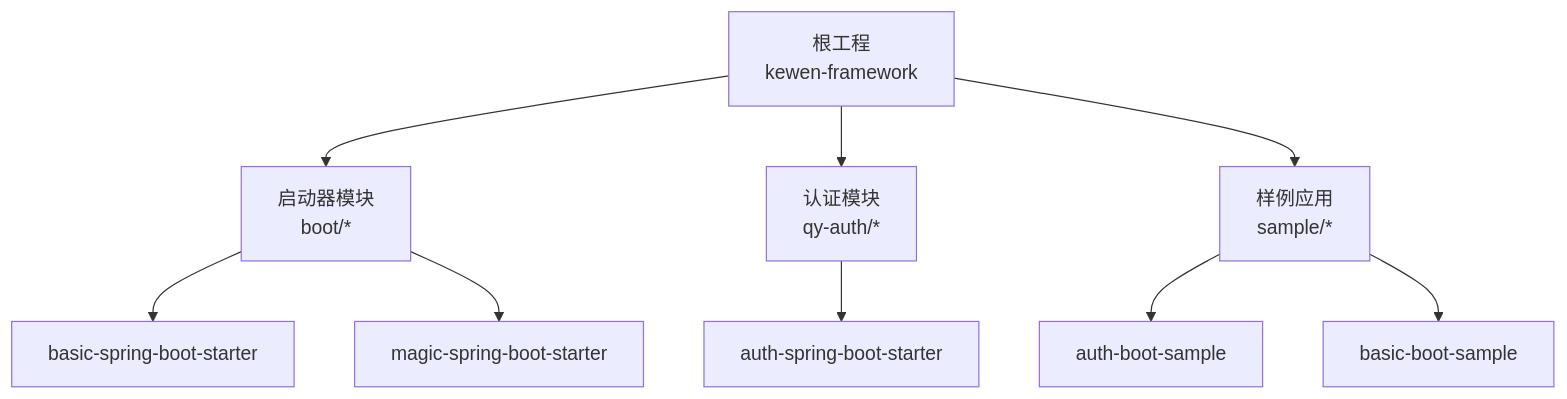
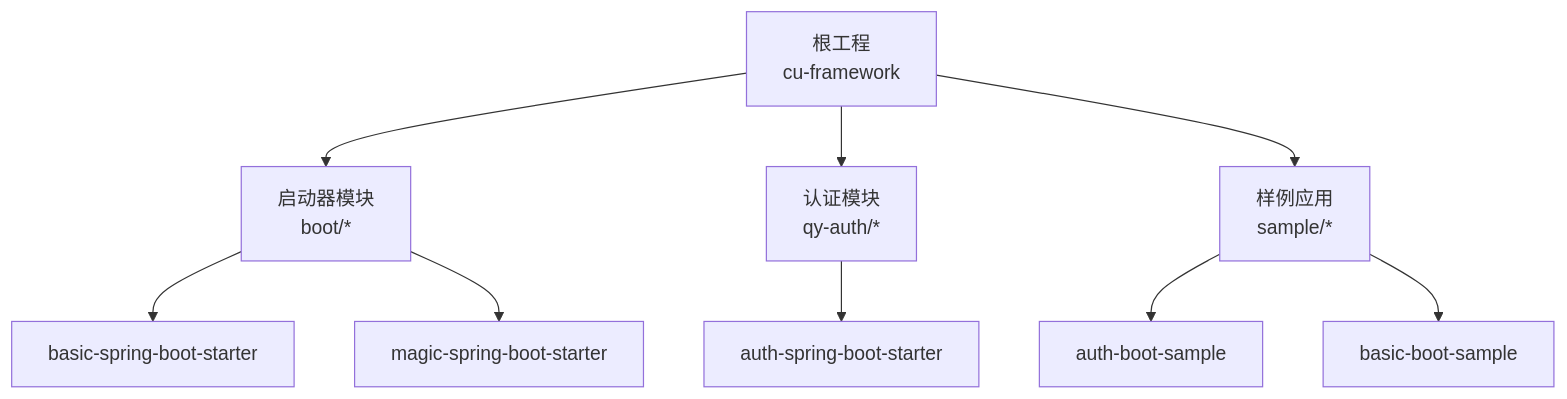
The first of 6 diagrams in .qoder/repowiki/zh/content/部署指南/Docker容器化部署.md (LiukewenSC/kewen-framework), drawn with Mermaid before and after one commit. The commit also changed other lines of this file and 764 other files, not shown here.

````diff
--- a/.qoder/repowiki/zh/content/部署指南/Docker容器化部署.md
+++ b/.qoder/repowiki/zh/content/部署指南/Docker容器化部署.md
@@ -41,11 +41,11 @@
 ```mermaid
 graph TB
-Root["根工程<br/>kewen-framework"] --> Boot["启动器模块<br/>boot/*"]
+Root["根工程<br/>cu-framework"] --> Boot["启动器模块<br/>boot/*"]
 Root --> QyAuth["认证模块<br/>qy-auth/*"]
 Root --> Sample["样例应用<br/>sample/*"]
 Boot --> BasicStarter["basic-spring-boot-starter"]
 Boot --> MagicStarter["magic-spring-boot-starter"]
 QyAuth --> AuthStarter["auth-spring-boot-starter"]
 Sample --> AuthSample["auth-boot-sample"]
 Sample --> BasicSample["basic-boot-sample"]
 ```
````
